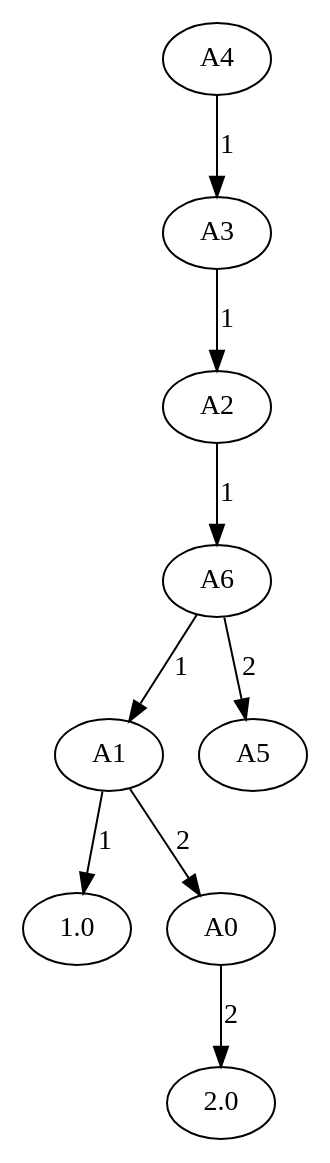
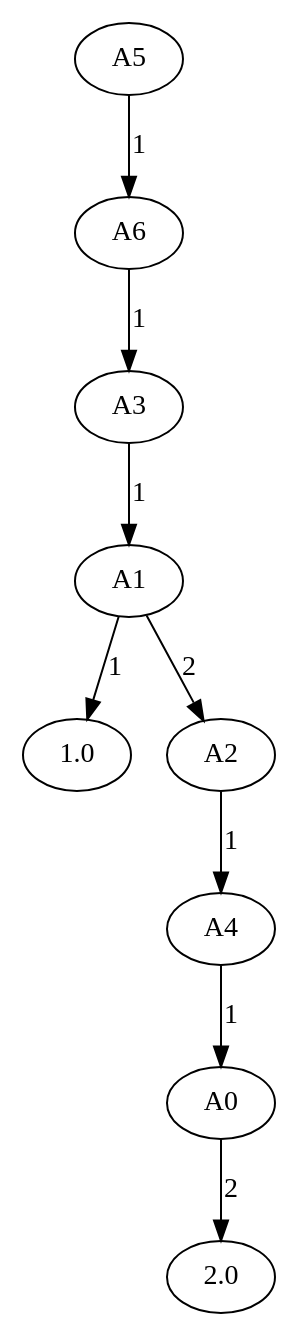
The diagram in Assignments/A4/data/results/data/tree/Random importance id=7.gv (oyssolbo/TDT4171), drawn with Graphviz before and after one commit. The commit also changed 30 other files, not shown here.

```diff
--- a/Assignments/A4/data/results/data/tree/Random importance id=7.gv
+++ b/Assignments/A4/data/results/data/tree/Random importance id=7.gv
@@ -1,20 +1,20 @@
 // Random importance
 digraph {
-	4 [label=A4]
+	5 [label=A5]
+	6 [label=A6]
+	5 -> 6 [label=1]
 	3 [label=A3]
-	4 -> 3 [label=1]
-	2 [label=A2]
-	3 -> 2 [label=1]
-	6 [label=A6]
-	2 -> 6 [label=1]
+	6 -> 3 [label=1]
 	1 [label=A1]
-	6 -> 1 [label=1]
+	3 -> 1 [label=1]
 	1.0 [label=1.0]
 	1 -> 1.0 [label=1]
+	2 [label=A2]
+	1 -> 2 [label=2]
+	4 [label=A4]
+	2 -> 4 [label=1]
 	0 [label=A0]
-	1 -> 0 [label=2]
+	4 -> 0 [label=1]
 	2.0 [label=2.0]
 	0 -> 2.0 [label=2]
-	5 [label=A5]
-	6 -> 5 [label=2]
 }
```
